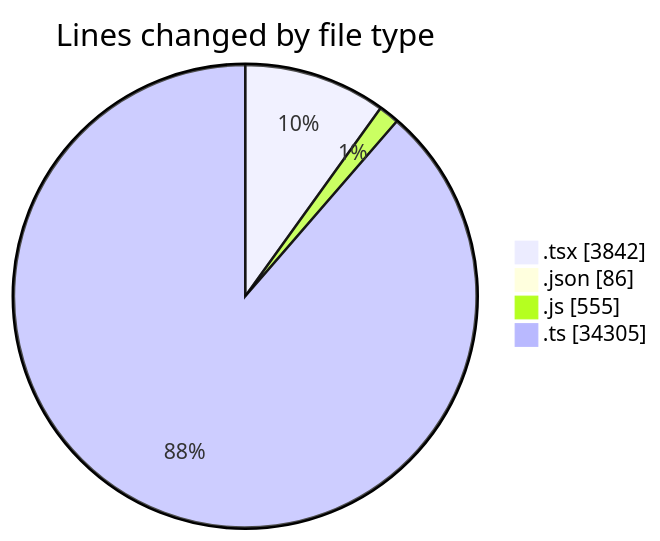
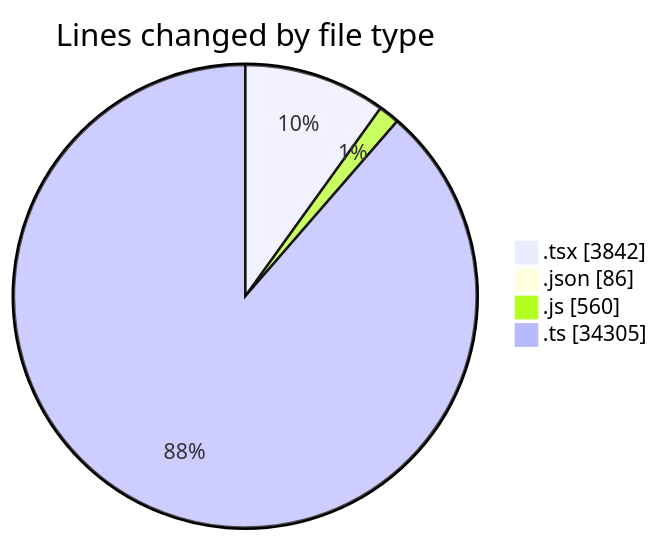
Before and after one commit to momahboobian/code-tracking: the first of 2 diagrams in 2025-11-10/cda/README.md, drawn with Mermaid. The commit also changed other lines of this file and 1 other file, not shown here.

````diff
--- a/2025-11-10/cda/README.md
+++ b/2025-11-10/cda/README.md
@@ -39,8 +39,8 @@
 ```mermaid
 pie showData
 title Lines changed by file type
 ".tsx" : 3842
 ".json" : 86
-".js" : 555
+".js" : 560
 ".ts" : 34305
 ```
````
